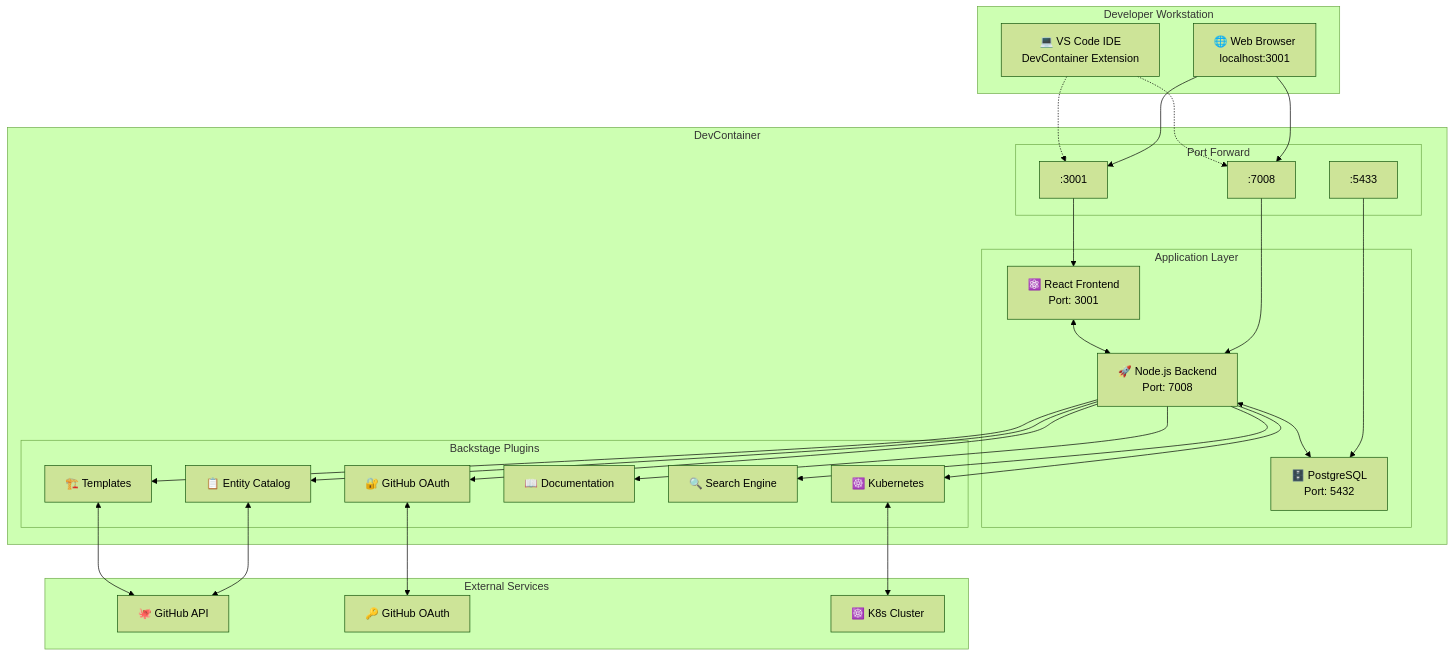
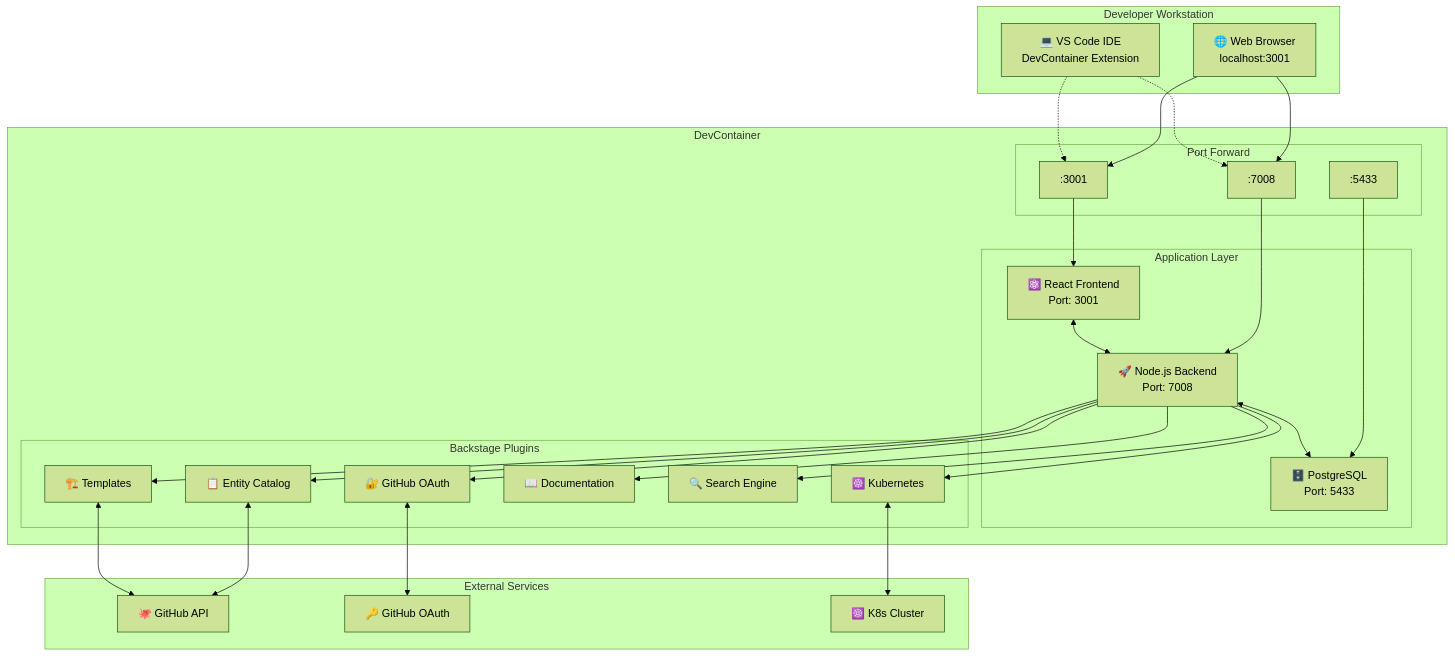
The first of 3 diagrams in docs/ARCHITECTURE.md (Portfolio-jaime/backstage-app-devc), drawn with Mermaid (forest theme) before and after one commit. The commit also changed other lines of this file and 25 other files, not shown here.

````diff
--- a/docs/ARCHITECTURE.md
+++ b/docs/ARCHITECTURE.md
@@ -49,60 +49,60 @@
 ```mermaid
 graph TB
     subgraph "Developer Workstation"
         Browser["🌐 Web Browser<br/>localhost:3001"]
         VSCode["💻 VS Code IDE<br/>DevContainer Extension"]
     end
-    
+
     subgraph "DevContainer"
         subgraph "Port Forward"
             P3001[":3001"]
-            P7008[":7008"] 
+            P7008[":7008"]
             P5433[":5433"]
         end
-        
+
         subgraph "Application Layer"
             Frontend["⚛️ React Frontend<br/>Port: 3001"]
             Backend["🚀 Node.js Backend<br/>Port: 7008"]
-            Database["🗄️ PostgreSQL<br/>Port: 5432"]
+            Database["🗄️ PostgreSQL<br/>Port: 5433"]
         end
-        
+
         subgraph "Backstage Plugins"
             Auth["🔐 GitHub OAuth"]
             Catalog["📋 Entity Catalog"]
             Scaffolder["🏗️ Templates"]
             TechDocs["📖 Documentation"]
             Search["🔍 Search Engine"]
             K8s["☸️ Kubernetes"]
         end
     end
-    
+
     subgraph "External Services"
         GitHub["🐙 GitHub API"]
         GitHubOAuth["🔑 GitHub OAuth"]
         K8sCluster["☸️ K8s Cluster"]
     end
-    
+
     Browser --> P3001
     Browser --> P7008
     VSCode -.-> P3001
     VSCode -.-> P7008
-    
+
     P3001 --> Frontend
     P7008 --> Backend
     P5433 --> Database
-    
+
     Frontend <--> Backend
     Backend <--> Database
-    
+
     Backend --> Auth
     Backend --> Catalog
     Backend --> Scaffolder
     Backend --> TechDocs
     Backend --> Search
     Backend --> K8s
-    
+
     Auth <--> GitHubOAuth
     Catalog <--> GitHub
     Scaffolder <--> GitHub
     K8s <--> K8sCluster
 ```
````
